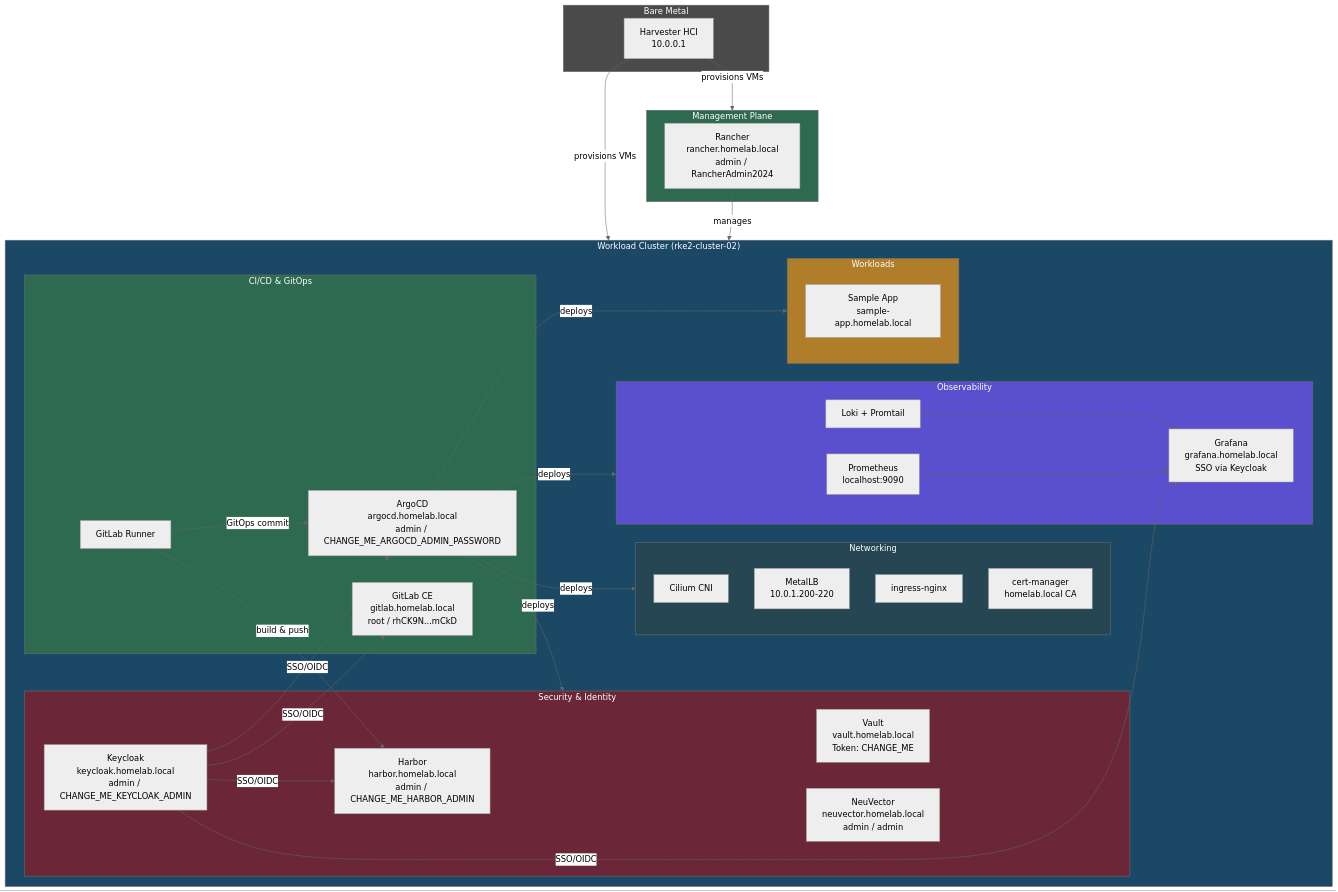
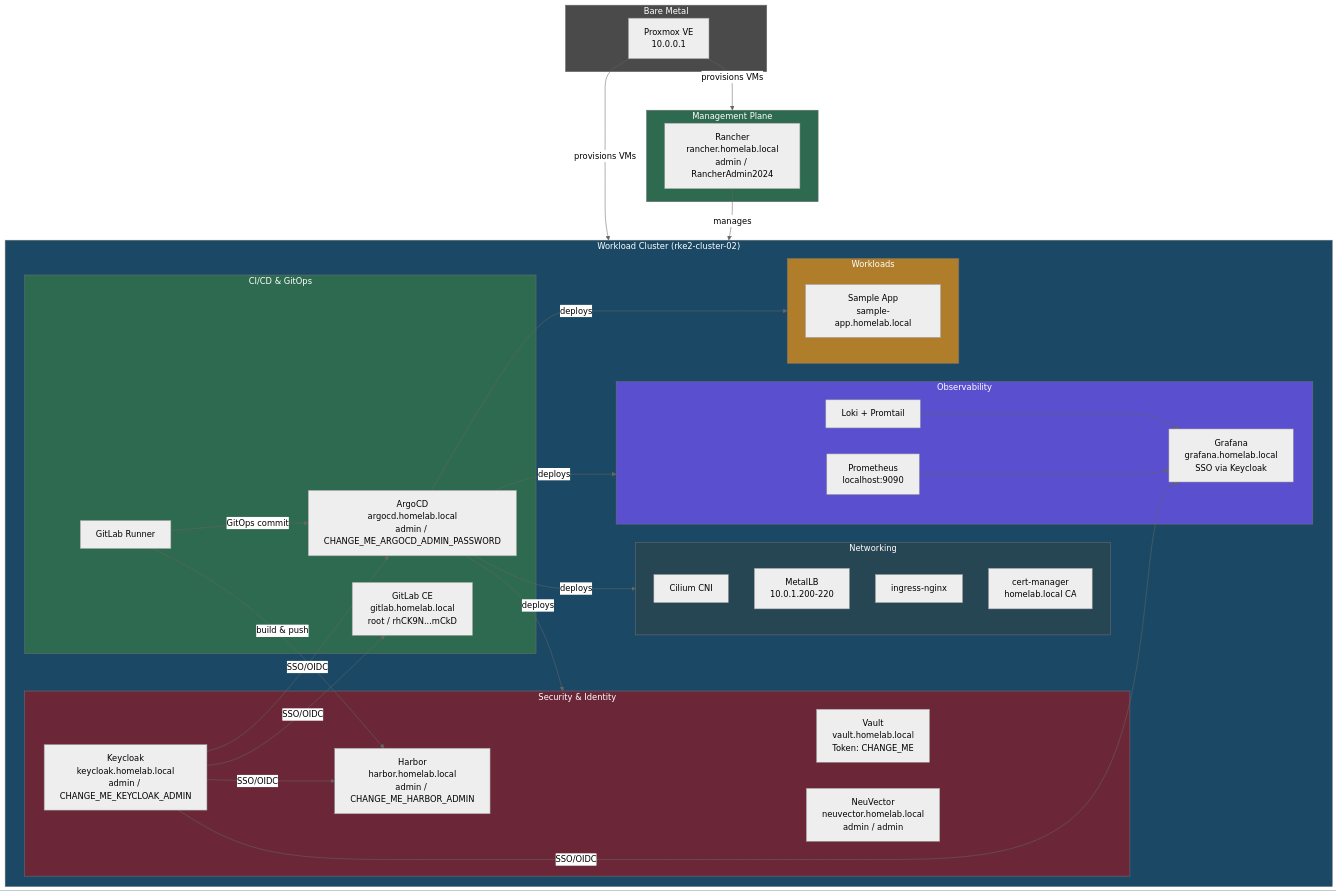
The fifth of 9 diagrams in README.md (kratos81/production-homelab), drawn with Mermaid (neutral theme) before and after one commit. The commit also changed other lines of this file and 14 other files, not shown here.

````diff
--- a/README.md
+++ b/README.md
@@ -356,60 +356,60 @@
 ```mermaid
 flowchart TB
     subgraph HW["Bare Metal"]
-        Harvester["Harvester HCI<br/>10.0.0.1"]
+        Harvester["Proxmox VE<br/>10.0.0.1"]
     end
 
     subgraph Mgmt["Management Plane"]
         Rancher["Rancher<br/>rancher.homelab.local<br/>admin / RancherAdmin2024"]
     end
 
     subgraph Cluster["Workload Cluster (rke2-cluster-02)"]
         subgraph Net["Networking"]
             Cilium["Cilium CNI"]
             MetalLB["MetalLB<br/>10.0.1.200-220"]
             IngressNginx["ingress-nginx"]
             CertManager["cert-manager<br/>homelab.local CA"]
         end
 
         subgraph CICD["CI/CD & GitOps"]
             ArgoCD2["ArgoCD<br/>argocd.homelab.local<br/>admin / CHANGE_ME_ARGOCD_ADMIN_PASSWORD"]
             GitLab2["GitLab CE<br/>gitlab.homelab.local<br/>root / rhCK9N...mCkD"]
             Runner2["GitLab Runner"]
         end
 
         subgraph Sec["Security & Identity"]
             Vault2["Vault<br/>vault.homelab.local<br/>Token: CHANGE_ME"]
             Keycloak2["Keycloak<br/>keycloak.homelab.local<br/>admin / CHANGE_ME_KEYCLOAK_ADMIN"]
             Harbor2["Harbor<br/>harbor.homelab.local<br/>admin / CHANGE_ME_HARBOR_ADMIN"]
             NeuVector2["NeuVector<br/>neuvector.homelab.local<br/>admin / admin"]
         end
 
         subgraph Obs["Observability"]
             Prometheus2["Prometheus<br/>localhost:9090"]
             Grafana2["Grafana<br/>grafana.homelab.local<br/>SSO via Keycloak"]
             Loki2["Loki + Promtail"]
         end
 
         subgraph Work["Workloads"]
             App2["Sample App<br/>sample-app.homelab.local"]
         end
     end
 
     Harvester -->|"provisions VMs"| Mgmt & Cluster
     Rancher -->|"manages"| Cluster
     ArgoCD2 -->|"deploys"| Sec & Obs & Work & Net
     Runner2 -->|"build & push"| Harbor2
     Runner2 -->|"GitOps commit"| ArgoCD2
     Keycloak2 -->|"SSO/OIDC"| ArgoCD2 & Grafana2 & Harbor2 & GitLab2
     Prometheus2 --> Grafana2
     Loki2 --> Grafana2
 
     style HW fill:#4a4a4a,color:#fff
     style Mgmt fill:#2d6a4f,color:#fff
     style Cluster fill:#1b4965,color:#fff
     style Net fill:#264653,color:#fff
     style CICD fill:#2d6a4f,color:#fff
     style Sec fill:#6b2737,color:#fff
     style Obs fill:#5a4fcf,color:#fff
     style Work fill:#b07d2b,color:#fff
 ```
````
